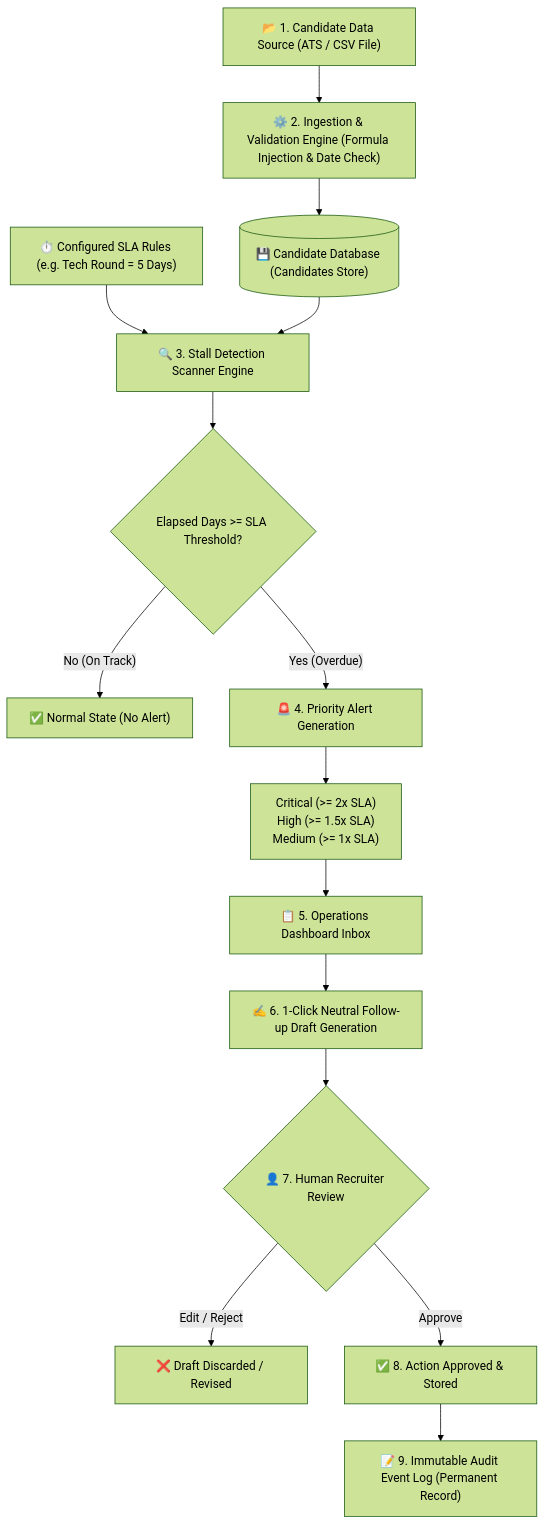
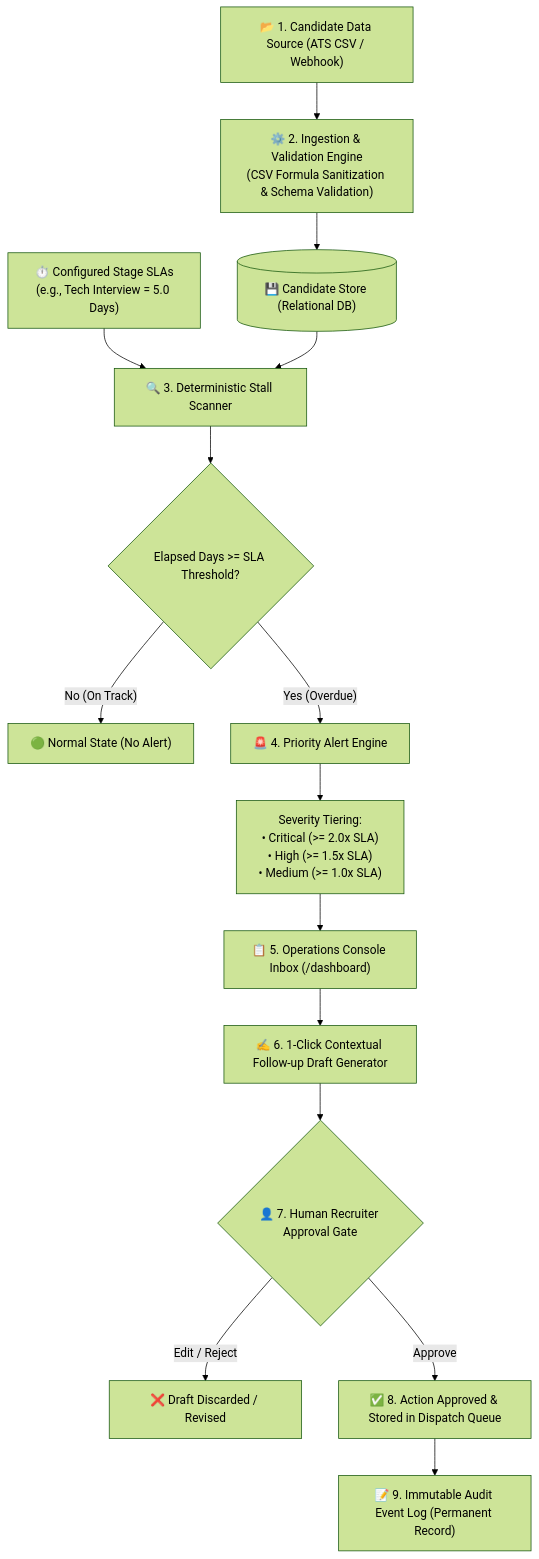
Before and after one commit to ajayroll1/Stall_Alert: the first of 4 diagrams in WORKING.md, drawn with Mermaid (forest theme). The commit also changed other lines of this file, not shown here.

Commit message:
docs: update WORKING.md with complete English architecture guide and diagrams

````diff
--- a/WORKING.md
+++ b/WORKING.md
@@ -26,22 +29,22 @@
 ```mermaid
 flowchart TD
-    A["📂 1. Candidate Data Source (ATS / CSV File)"] --> B["⚙️ 2. Ingestion & Validation Engine (Formula Injection & Date Check)"]
-    B --> C[("💾 Candidate Database (Candidates Store)")]
+    A["📂 1. Candidate Data Source (ATS CSV / Webhook)"] --> B["⚙️ 2. Ingestion & Validation Engine\n(CSV Formula Sanitization & Schema Validation)"]
+    B --> C[("💾 Candidate Store (Relational DB)")]
     
-    D["⏱️ Configured SLA Rules (e.g. Tech Round = 5 Days)"] --> E["🔍 3. Stall Detection Scanner Engine"]
+    D["⏱️ Configured Stage SLAs\n(e.g., Tech Interview = 5.0 Days)"] --> E["🔍 3. Deterministic Stall Scanner"]
     C --> E
     
     E --> F{"Elapsed Days >= SLA Threshold?"}
-    F -- "No (On Track)" --> G["✅ Normal State (No Alert)"]
-    F -- "Yes (Overdue)" --> H["🚨 4. Priority Alert Generation"]
+    F -- "No (On Track)" --> G["🟢 Normal State (No Alert)"]
+    F -- "Yes (Overdue)" --> H["🚨 4. Priority Alert Engine"]
     
-    H --> I["Critical (>= 2x SLA)\nHigh (>= 1.5x SLA)\nMedium (>= 1x SLA)"]
-    I --> J["📋 5. Operations Dashboard Inbox"]
+    H --> I["Severity Tiering:\n• Critical (>= 2.0x SLA)\n• High (>= 1.5x SLA)\n• Medium (>= 1.0x SLA)"]
+    I --> J["📋 5. Operations Console Inbox (/dashboard)"]
     
-    J --> K["✍️ 6. 1-Click Neutral Follow-up Draft Generation"]
-    K --> L{"👤 7. Human Recruiter Review"}
+    J --> K["✍️ 6. 1-Click Contextual Follow-up Draft Generator"]
+    K --> L{"👤 7. Human Recruiter Approval Gate"}
     L -- "Edit / Reject" --> M["❌ Draft Discarded / Revised"]
-    L -- "Approve" --> N["✅ 8. Action Approved & Stored"]
+    L -- "Approve" --> N["✅ 8. Action Approved & Stored in Dispatch Queue"]
     
     N --> O["📝 9. Immutable Audit Event Log (Permanent Record)"]
 ```
````
